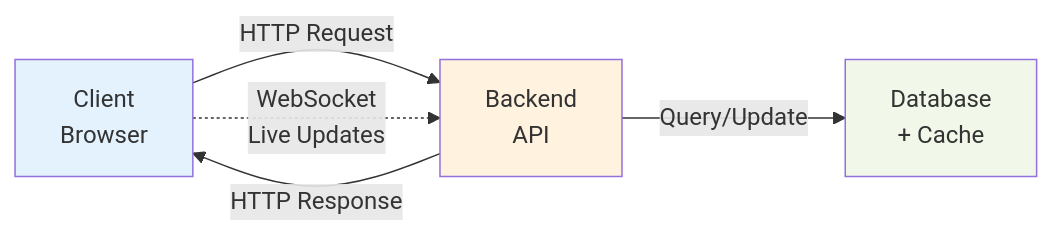
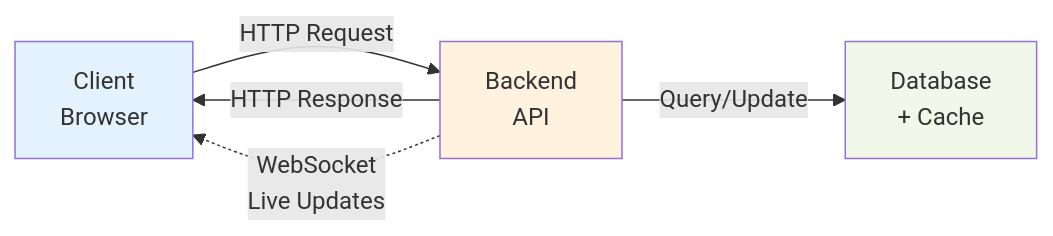
One commit to JustQu4n/code-challange changed the first of 3 diagrams in problem6/README.md. Above: the diagram before and after it, drawn with Mermaid.

Commit message:
Fix WebSocket direction in architecture diagram

````diff
--- a/problem6/README.md
+++ b/problem6/README.md
@@ -30,16 +30,16 @@
 ```mermaid
 graph LR
     Client[Client<br/>Browser]
     Backend[Backend<br/>API]
     Database[Database<br/>+ Cache]
     
     Client -->|HTTP Request| Backend
     Backend -->|HTTP Response| Client
     Backend -->|Query/Update| Database
     
-    Client -.->|WebSocket<br/>Live Updates| Backend
+    Backend -.->|WebSocket<br/>Live Updates| Client
     
     style Client fill:#e3f2fd
     style Backend fill:#fff3e0
     style Database fill:#f1f8e9
 ```
````
